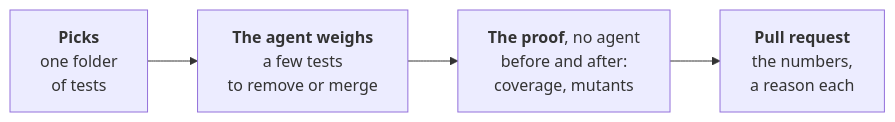
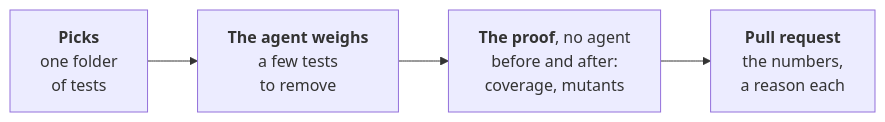
Before and after one commit to JN0V/workline: the diagram in roles/tester/docs/removals.md, drawn with Mermaid. The commit also changed other lines of this file and 15 other files, not shown here.

````diff
--- a/roles/tester/docs/removals.md
+++ b/roles/tester/docs/removals.md
@@ -14,8 +14,8 @@
 ```mermaid
 flowchart LR
   pick["<b>Picks</b><br/>one folder<br/>of tests"]
-  ai["<b>The agent weighs</b><br/>a few tests<br/>to remove or merge"]
+  ai["<b>The agent weighs</b><br/>a few tests<br/>to remove"]
   proof["<b>The proof</b>, no agent<br/>before and after:<br/>coverage, mutants"]
   pr["<b>Pull request</b><br/>the numbers,<br/>a reason each"]
   pick --> ai --> proof --> pr
 ```
````
